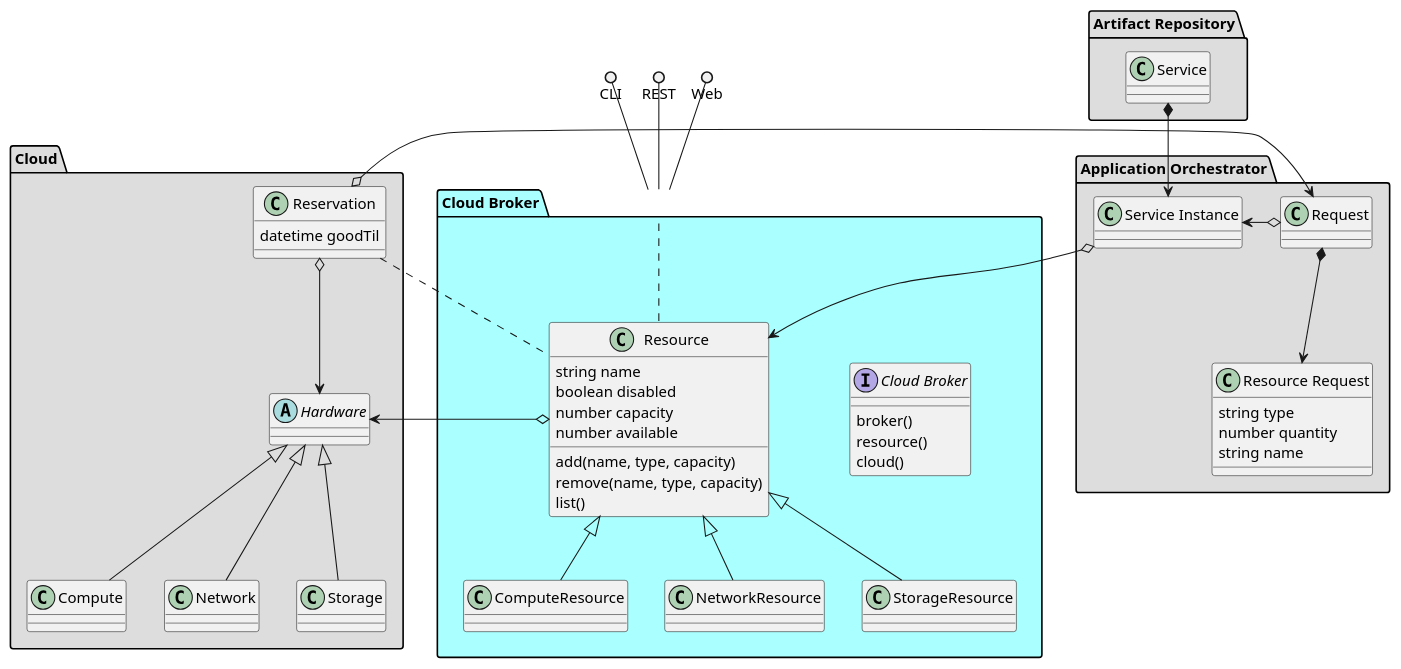
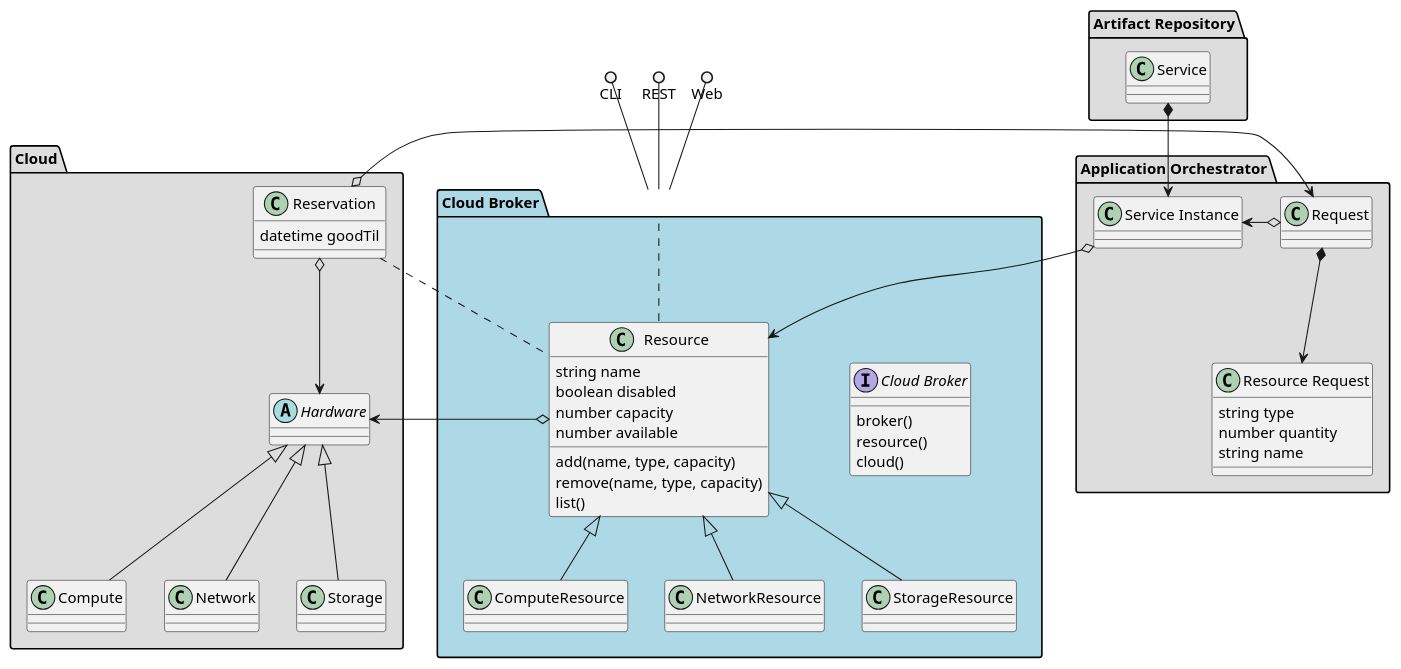
The diagram in docs/Solution/Cloud-Broker/Logical.puml (CAADE/C3), drawn with PlantUML before and after one commit. The commit also changed 23 other files, not shown here.

Commit message:
Updates to High level architecture

```diff
--- a/docs/Solution/Cloud-Broker/Logical.puml
+++ b/docs/Solution/Cloud-Broker/Logical.puml
@@ -1,80 +1,80 @@
 @startuml
 
 package "Artifact Repository" #dddddd {
   class "Service" {
   }
 }
 
 package "Application Orchestrator" #dddddd {
   class "Service Instance" {
   }
   class "Resource Request" {
     string type
     number quantity
     string name
   }
   class Request {
   }
 }
 
 Service *--> "Service Instance"
 
-package "Cloud Broker" #aaffff {
+package "Cloud Broker" #lightblue {
     interface "Cloud Broker" {
       broker()
       resource()
       cloud()
     }
     class Resource {
       string name
       boolean disabled
       number capacity
       number available
       add(name, type, capacity)
       remove(name, type, capacity)
       list()
     }
     class ComputeResource {
     }
     class NetworkResource {
     }
     class StorageResource {
     }
     Resource <|-- ComputeResource
     Resource <|-- StorageResource
     Resource <|-- NetworkResource
 }
 package Cloud #dddddd {
     class Reservation {
       datetime goodTil
     }
   abstract Hardware {
   }
   class Compute {
   }
   class Network {
   }
   class Storage {
   }
   Hardware <|-- Compute
   Hardware <|-- Storage
   Hardware <|-- Network
 }
 
 CLI ()-- "Cloud Broker"
 REST ()-- "Cloud Broker"
 Web ()-- "Cloud Broker"
 "Cloud Broker" .. Resource
 
 Resource o--> Hardware
 
 "Service Instance" o--> Resource
 Request o-> "Service Instance"
 Request *--> "Resource Request"
 
 Reservation o--> "Request"
 Reservation o--> "Hardware"
 Reservation .. Resource
 
 
 @enduml
```
